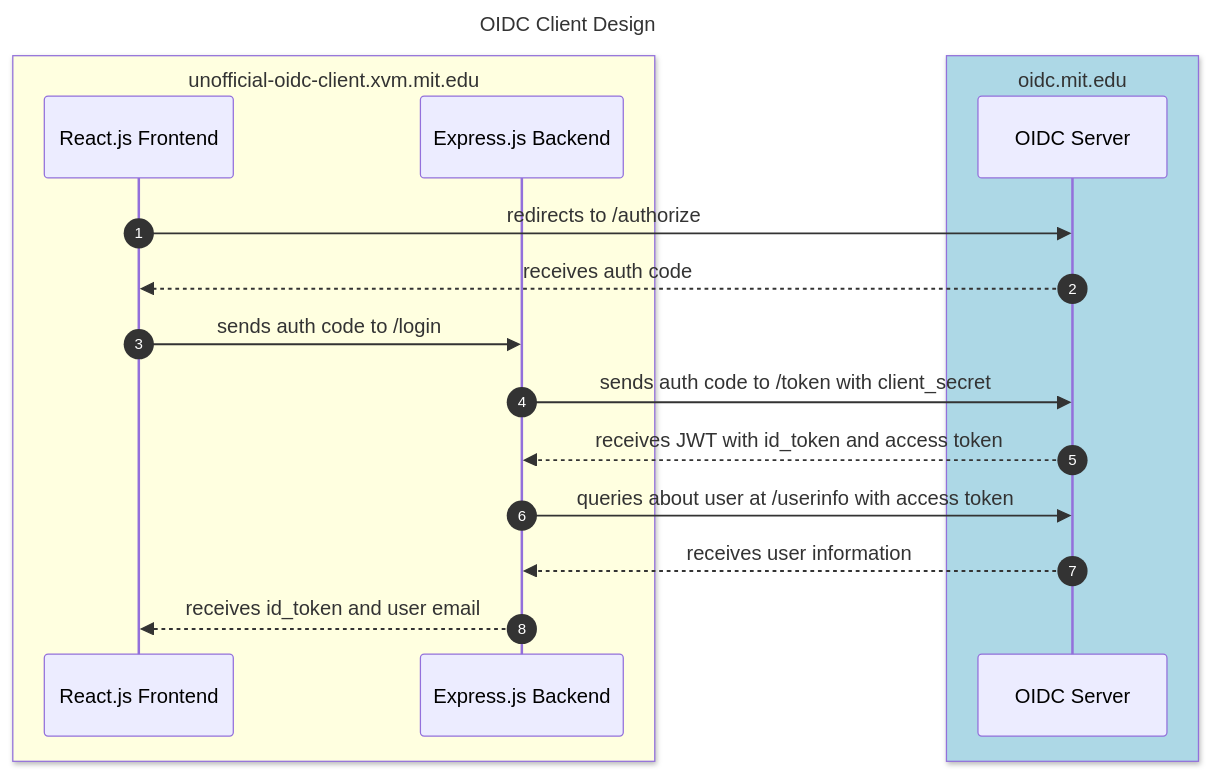
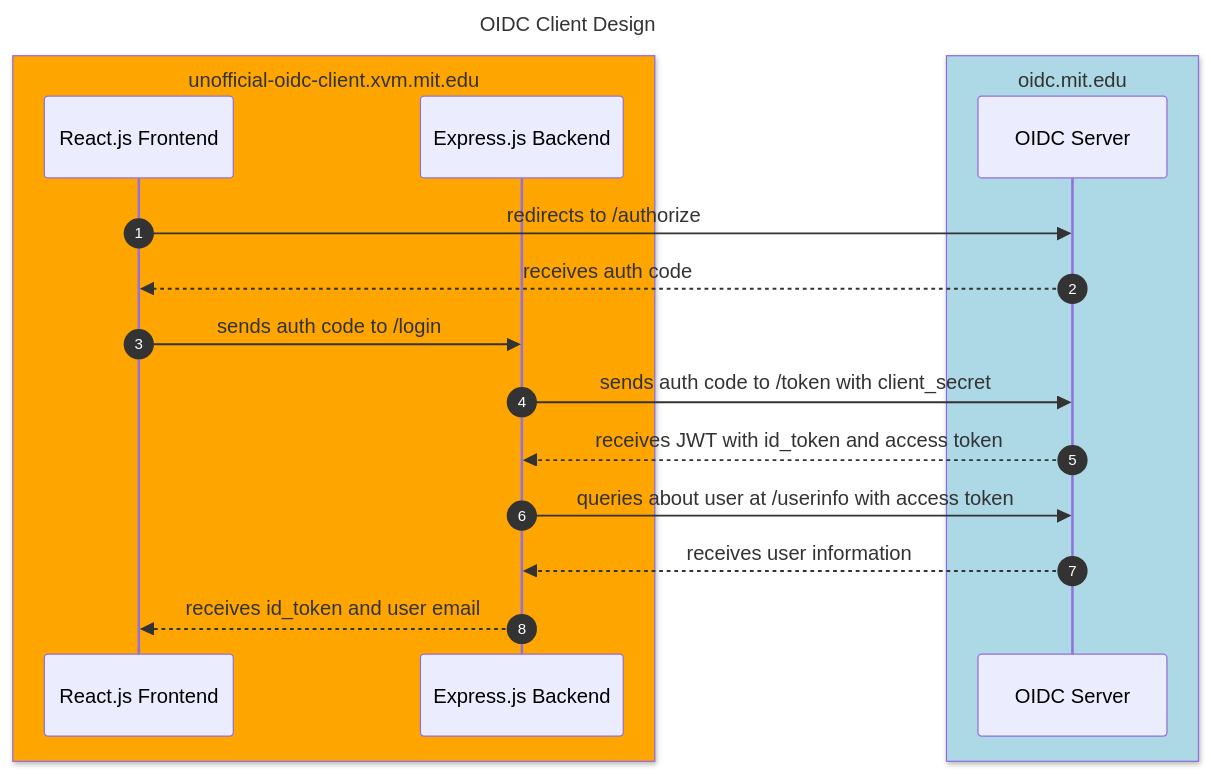
One commit to shensquared/setrock changed the diagram in auth_client/README.md. Above: the diagram before and after it, drawn with Mermaid. The commit also changed other lines of this file, not shown here.

Commit message:
Trim down OIDC client README and edit setup instructions

````diff
--- a/auth_client/README.md
+++ b/auth_client/README.md
@@ -190,23 +173,23 @@
 ```mermaid
 ---
 title: OIDC Client Design
 ---
 sequenceDiagram
     autonumber
-    box lightyellow unofficial-oidc-client.xvm.mit.edu
+    box orange unofficial-oidc-client.xvm.mit.edu
     participant Frontend as React.js Frontend
     participant Backend as Express.js Backend
     end
     box lightblue oidc.mit.edu
     participant OIDC as OIDC Server
     end
     
     Frontend ->> OIDC:  redirects to /authorize
     OIDC -->> Frontend: receives auth code
     Frontend ->> Backend: sends auth code to /login
     Backend ->> OIDC: sends auth code to /token with client_secret
     OIDC -->> Backend: receives JWT with id_token and access token
     Backend ->> OIDC: queries about user at /userinfo with access token
     OIDC -->> Backend: receives user information
     Backend -->> Frontend: receives id_token and user email
 ```
````
